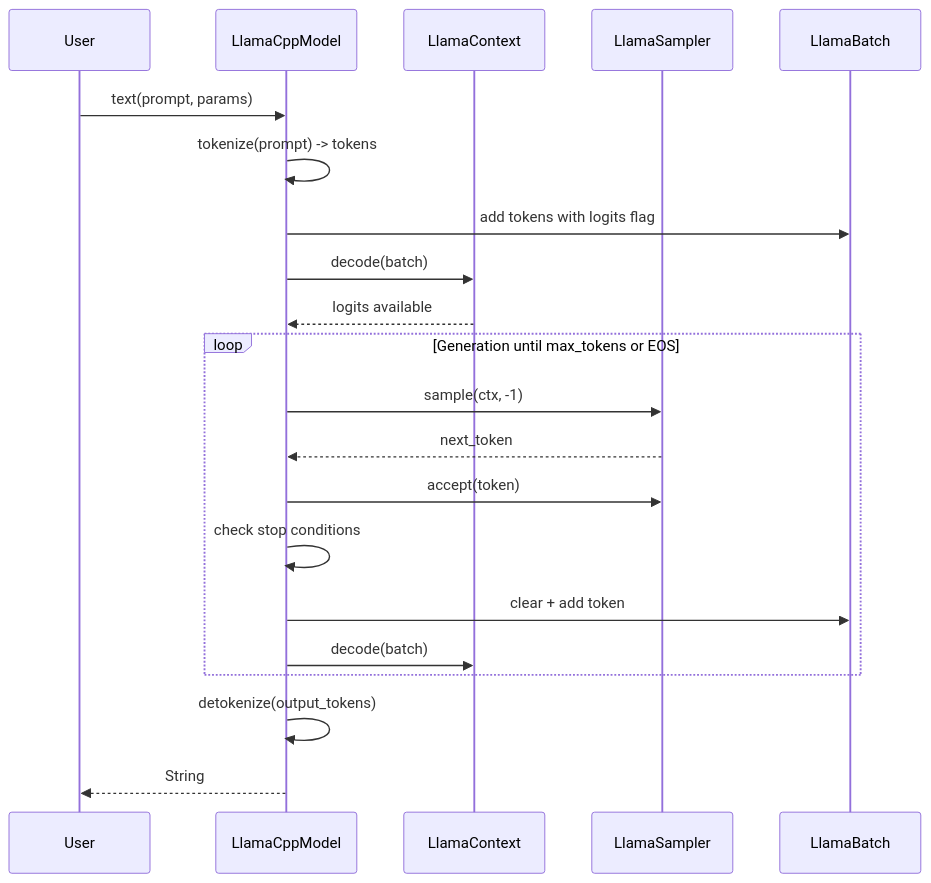
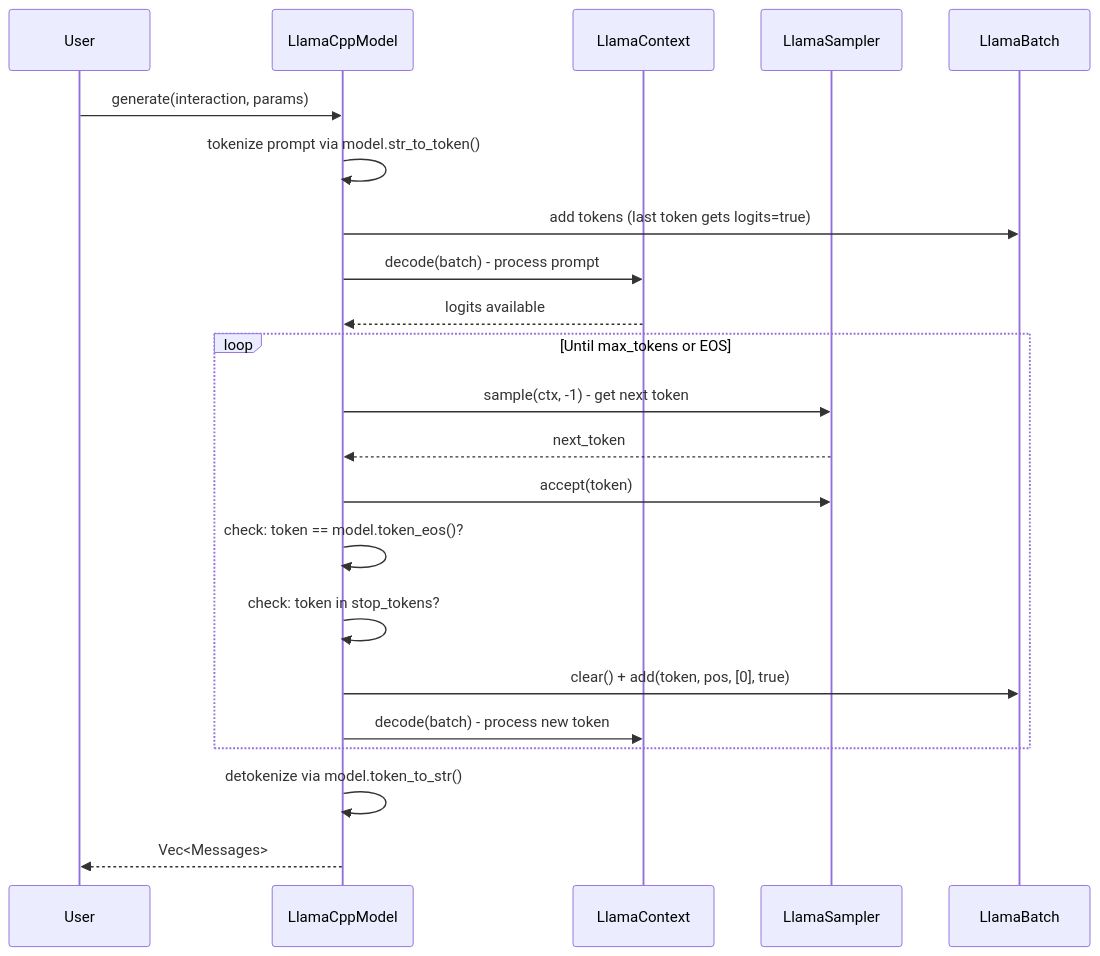
Before and after one commit to ewe-studios/ewe_platform: the second of 3 diagrams in specifications/07-foundation-ai/features/01-llamacpp-integration/feature.md, drawn with Mermaid. The commit also changed other lines of this file and 11 other files, not shown here.

````diff
--- a/specifications/07-foundation-ai/features/01-llamacpp-integration/feature.md
+++ b/specifications/07-foundation-ai/features/01-llamacpp-integration/feature.md
@@ -727,26 +163,27 @@
 ```mermaid
 sequenceDiagram
     participant User
     participant FM as LlamaCppModel
     participant LC as LlamaContext
     participant LS as LlamaSampler
     participant LB as LlamaBatch
 
-    User->>FM: text(prompt, params)
-    FM->>FM: tokenize(prompt) -> tokens
-    FM->>LB: add tokens with logits flag
-    FM->>LC: decode(batch)
+    User->>FM: generate(interaction, params)
+    FM->>FM: tokenize prompt via model.str_to_token()
+    FM->>LB: add tokens (last token gets logits=true)
+    FM->>LC: decode(batch) - process prompt
     LC-->>FM: logits available
 
-    loop Generation until max_tokens or EOS
-        FM->>LS: sample(ctx, -1)
+    loop Until max_tokens or EOS
+        FM->>LS: sample(ctx, -1) - get next token
         LS-->>FM: next_token
         FM->>LS: accept(token)
-        FM->>FM: check stop conditions
-        FM->>LB: clear + add token
-        FM->>LC: decode(batch)
+        FM->>FM: check: token == model.token_eos()?
+        FM->>FM: check: token in stop_tokens?
+        FM->>LB: clear() + add(token, pos, [0], true)
+        FM->>LC: decode(batch) - process new token
     end
 
-    FM->>FM: detokenize(output_tokens)
-    FM-->>User: String
+    FM->>FM: detokenize via model.token_to_str()
+    FM-->>User: Vec<Messages>
 ```
````
